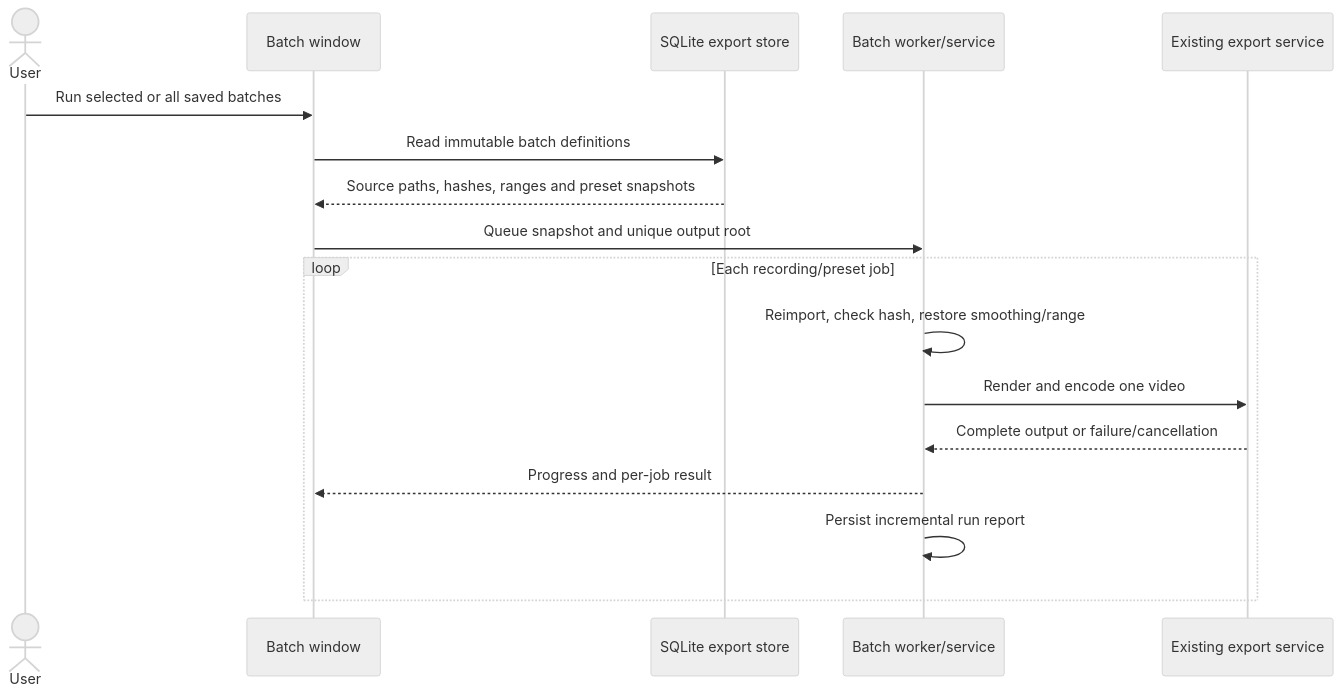
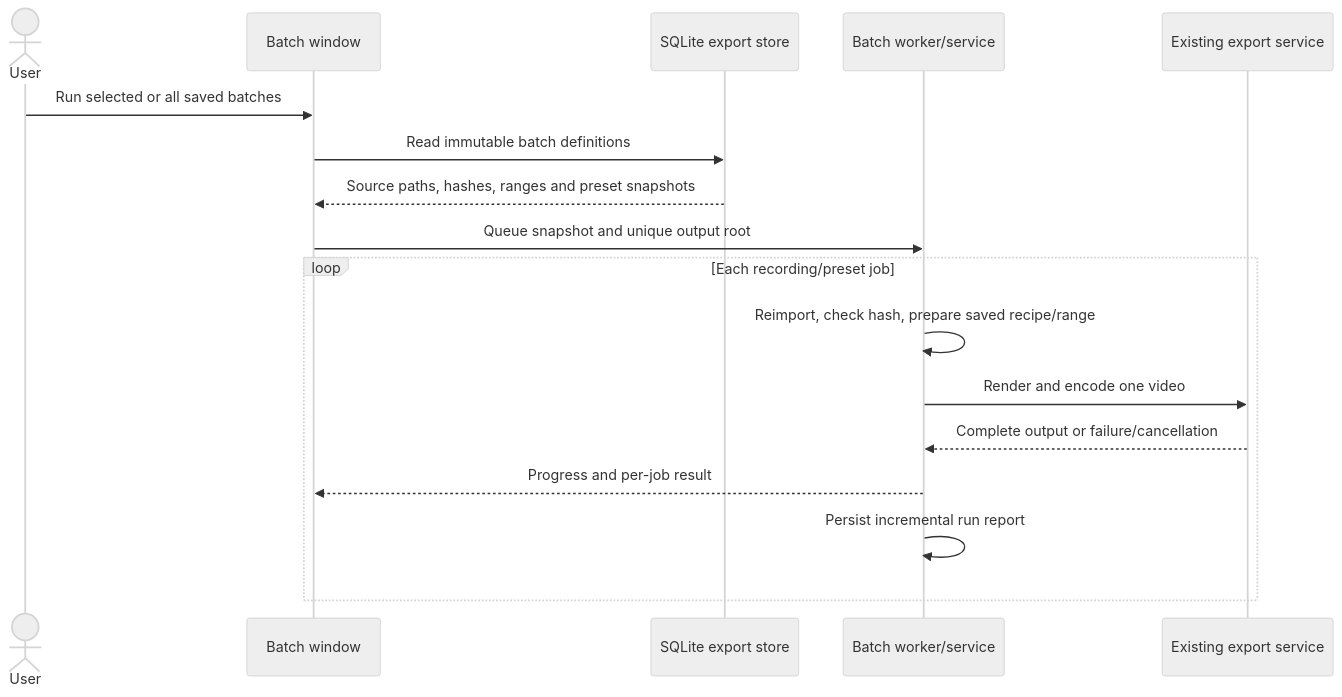
Before and after one commit to rudnerbjoern/ride-forces-analyzer: the sixth of 6 diagrams in docs/architecture/06_runtime_view.md, drawn with Mermaid (neutral theme). The commit also changed other lines of this file and 51 other files, not shown here.

````diff
--- a/docs/architecture/06_runtime_view.md
+++ b/docs/architecture/06_runtime_view.md
@@ -238,19 +289,19 @@
 ```mermaid
 sequenceDiagram
     actor User
     participant UI as Batch window
     participant Store as SQLite export store
     participant Queue as Batch worker/service
     participant Encoder as Existing export service
     User->>UI: Run selected or all saved batches
     UI->>Store: Read immutable batch definitions
     Store-->>UI: Source paths, hashes, ranges and preset snapshots
     UI->>Queue: Queue snapshot and unique output root
     loop Each recording/preset job
-        Queue->>Queue: Reimport, check hash, restore smoothing/range
+        Queue->>Queue: Reimport, check hash, prepare saved recipe/range
         Queue->>Encoder: Render and encode one video
         Encoder-->>Queue: Complete output or failure/cancellation
         Queue-->>UI: Progress and per-job result
         Queue->>Queue: Persist incremental run report
     end
 ```
````
